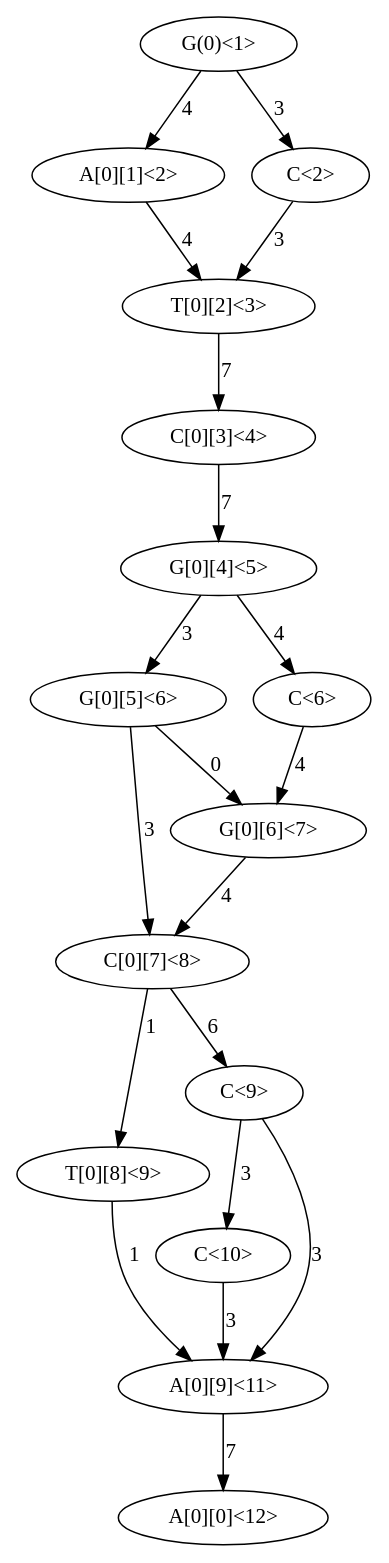
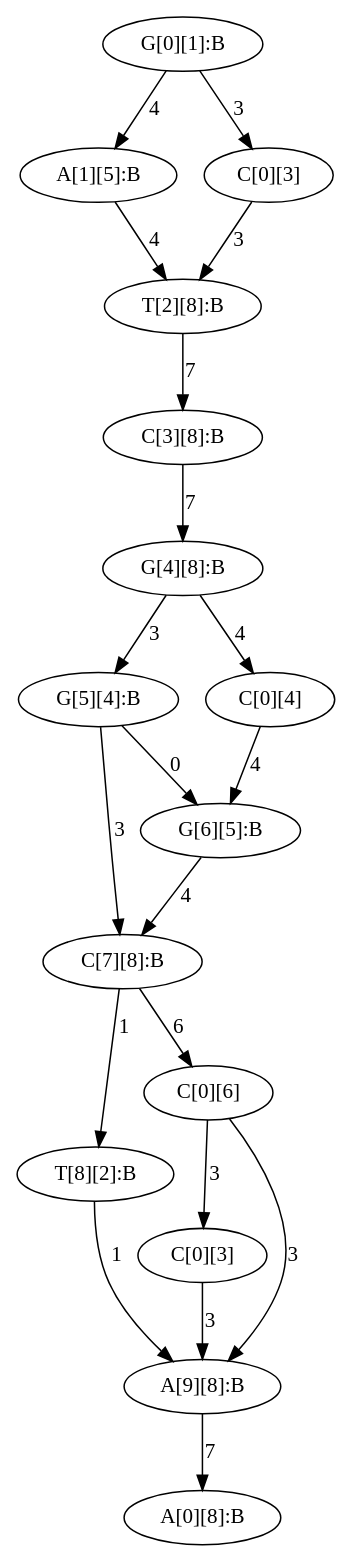
Before and after one commit to keithyin/Sparc: the diagram in subgraph.dot, drawn with Graphviz. The commit also changed 2 other files, not shown here.

```diff
--- a/subgraph.dot
+++ b/subgraph.dot
@@ -1,41 +1,41 @@
 digraph G {
-"0x7e80e00019e0" [label="G(0)<1>"];
-"0x7e80e00019e0" -> "0x7e80e0001a20" [label="4"];
-"0x7e80e0001a20" [label="A[0][1]<2>"];
-"0x7e80e00019e0" -> "0x7e80e0004450" [label="3"];
-"0x7e80e0004450" [label="C<2>"];
-"0x7e80e0004450" -> "0x7e80e0001aa0" [label="3"];
-"0x7e80e0001aa0" [label="T[0][2]<3>"];
-"0x7e80e0001a20" -> "0x7e80e0001aa0" [label="4"];
-"0x7e80e0001aa0" [label="T[0][2]<3>"];
-"0x7e80e0001aa0" -> "0x7e80e0001b20" [label="7"];
-"0x7e80e0001b20" [label="C[0][3]<4>"];
-"0x7e80e0001b20" -> "0x7e80e0001ba0" [label="7"];
-"0x7e80e0001ba0" [label="G[0][4]<5>"];
-"0x7e80e0001ba0" -> "0x7e80e0001c20" [label="3"];
-"0x7e80e0001c20" [label="G[0][5]<6>"];
-"0x7e80e0001ba0" -> "0x7e80e00042f0" [label="4"];
-"0x7e80e00042f0" [label="C<6>"];
-"0x7e80e00042f0" -> "0x7e80e0001ca0" [label="4"];
-"0x7e80e0001ca0" [label="G[0][6]<7>"];
-"0x7e80e0001c20" -> "0x7e80e0001ca0" [label="0"];
-"0x7e80e0001ca0" [label="G[0][6]<7>"];
-"0x7e80e0001c20" -> "0x7e80e0001d20" [label="3"];
-"0x7e80e0001d20" [label="C[0][7]<8>"];
-"0x7e80e0001ca0" -> "0x7e80e0001d20" [label="4"];
-"0x7e80e0001d20" [label="C[0][7]<8>"];
-"0x7e80e0001d20" -> "0x7e80e0001da0" [label="1"];
-"0x7e80e0001da0" [label="T[0][8]<9>"];
-"0x7e80e0001d20" -> "0x7e80e0004390" [label="6"];
-"0x7e80e0004390" [label="C<9>"];
-"0x7e80e0004390" -> "0x7e80e0001e20" [label="3"];
-"0x7e80e0001e20" [label="A[0][9]<11>"];
-"0x7e80e0004390" -> "0x7e80e0004550" [label="3"];
-"0x7e80e0004550" [label="C<10>"];
-"0x7e80e0004550" -> "0x7e80e0001e20" [label="3"];
-"0x7e80e0001e20" [label="A[0][9]<11>"];
-"0x7e80e0001da0" -> "0x7e80e0001e20" [label="1"];
-"0x7e80e0001e20" [label="A[0][9]<11>"];
-"0x7e80e0001e20" -> "0x7e80e0001ea0" [label="7"];
-"0x7e80e0001ea0" [label="A[0][0]<12>"];
+"0x73e9c00019e0" [label="G[0][1]:B"];
+"0x73e9c00019e0" -> "0x73e9c0001a20" [label="4"];
+"0x73e9c0001a20" [label="A[1][5]:B"];
+"0x73e9c00019e0" -> "0x73e9c0004450" [label="3"];
+"0x73e9c0004450" [label="C[0][3]"];
+"0x73e9c0004450" -> "0x73e9c0001aa0" [label="3"];
+"0x73e9c0001aa0" [label="T[2][8]:B"];
+"0x73e9c0001a20" -> "0x73e9c0001aa0" [label="4"];
+"0x73e9c0001aa0" [label="T[2][8]:B"];
+"0x73e9c0001aa0" -> "0x73e9c0001b20" [label="7"];
+"0x73e9c0001b20" [label="C[3][8]:B"];
+"0x73e9c0001b20" -> "0x73e9c0001ba0" [label="7"];
+"0x73e9c0001ba0" [label="G[4][8]:B"];
+"0x73e9c0001ba0" -> "0x73e9c0001c20" [label="3"];
+"0x73e9c0001c20" [label="G[5][4]:B"];
+"0x73e9c0001ba0" -> "0x73e9c00042f0" [label="4"];
+"0x73e9c00042f0" [label="C[0][4]"];
+"0x73e9c00042f0" -> "0x73e9c0001ca0" [label="4"];
+"0x73e9c0001ca0" [label="G[6][5]:B"];
+"0x73e9c0001c20" -> "0x73e9c0001ca0" [label="0"];
+"0x73e9c0001ca0" [label="G[6][5]:B"];
+"0x73e9c0001c20" -> "0x73e9c0001d20" [label="3"];
+"0x73e9c0001d20" [label="C[7][8]:B"];
+"0x73e9c0001ca0" -> "0x73e9c0001d20" [label="4"];
+"0x73e9c0001d20" [label="C[7][8]:B"];
+"0x73e9c0001d20" -> "0x73e9c0001da0" [label="1"];
+"0x73e9c0001da0" [label="T[8][2]:B"];
+"0x73e9c0001d20" -> "0x73e9c0004390" [label="6"];
+"0x73e9c0004390" [label="C[0][6]"];
+"0x73e9c0004390" -> "0x73e9c0001e20" [label="3"];
+"0x73e9c0001e20" [label="A[9][8]:B"];
+"0x73e9c0004390" -> "0x73e9c0004550" [label="3"];
+"0x73e9c0004550" [label="C[0][3]"];
+"0x73e9c0004550" -> "0x73e9c0001e20" [label="3"];
+"0x73e9c0001e20" [label="A[9][8]:B"];
+"0x73e9c0001da0" -> "0x73e9c0001e20" [label="1"];
+"0x73e9c0001e20" [label="A[9][8]:B"];
+"0x73e9c0001e20" -> "0x73e9c0001ea0" [label="7"];
+"0x73e9c0001ea0" [label="A[0][8]:B"];
 }
```
